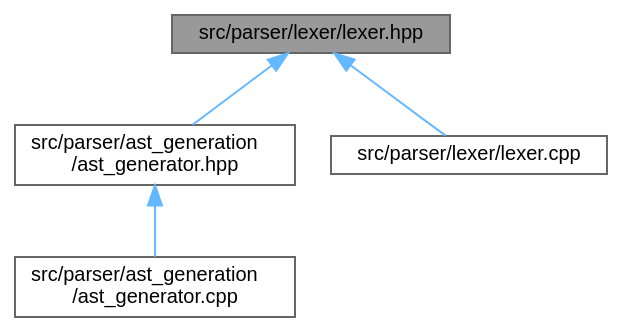
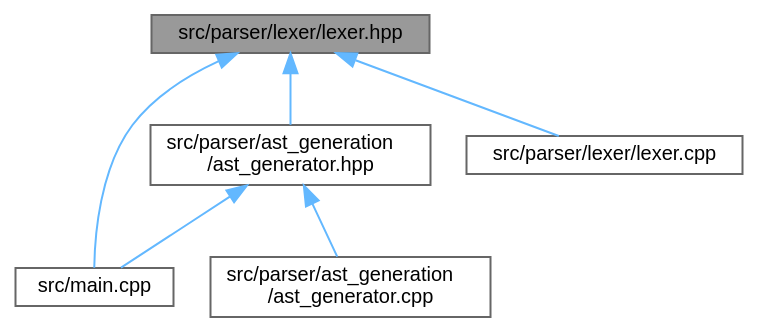
Before and after one commit to kejunp/kejunp.github.io: the diagram in pebbl/docs/lexer_8hpp__dep__incl.dot, drawn with Graphviz. The commit also changed 114 other files, not shown here.

```diff
--- a/pebbl/docs/lexer_8hpp__dep__incl.dot
+++ b/pebbl/docs/lexer_8hpp__dep__incl.dot
@@ -1,14 +1,17 @@
 digraph "src/parser/lexer/lexer.hpp"
 {
  // LATEX_PDF_SIZE
   bgcolor="transparent";
   edge [fontname=Helvetica,fontsize=10,labelfontname=Helvetica,labelfontsize=10];
   node [fontname=Helvetica,fontsize=10,shape=box,height=0.2,width=0.4];
   Node1 [id="Node000001",label="src/parser/lexer/lexer.hpp",height=0.2,width=0.4,color="gray40", fillcolor="grey60", style="filled", fontcolor="black",tooltip=" "];
   Node1 -> Node2 [id="edge1_Node000001_Node000002",dir="back",color="steelblue1",style="solid",tooltip=" "];
-  Node2 [id="Node000002",label="src/parser/ast_generation\l/ast_generator.hpp",height=0.2,width=0.4,color="grey40", fillcolor="white", style="filled",URL="$ast__generator_8hpp.html",tooltip=" "];
-  Node2 -> Node3 [id="edge2_Node000002_Node000003",dir="back",color="steelblue1",style="solid",tooltip=" "];
-  Node3 [id="Node000003",label="src/parser/ast_generation\l/ast_generator.cpp",height=0.2,width=0.4,color="grey40", fillcolor="white", style="filled",URL="$ast__generator_8cpp.html",tooltip=" "];
-  Node1 -> Node4 [id="edge3_Node000001_Node000004",dir="back",color="steelblue1",style="solid",tooltip=" "];
-  Node4 [id="Node000004",label="src/parser/lexer/lexer.cpp",height=0.2,width=0.4,color="grey40", fillcolor="white", style="filled",URL="$lexer_8cpp.html",tooltip=" "];
+  Node2 [id="Node000002",label="src/main.cpp",height=0.2,width=0.4,color="grey40", fillcolor="white", style="filled",URL="$main_8cpp.html",tooltip=" "];
+  Node1 -> Node3 [id="edge2_Node000001_Node000003",dir="back",color="steelblue1",style="solid",tooltip=" "];
+  Node3 [id="Node000003",label="src/parser/ast_generation\l/ast_generator.hpp",height=0.2,width=0.4,color="grey40", fillcolor="white", style="filled",URL="$ast__generator_8hpp.html",tooltip=" "];
+  Node3 -> Node2 [id="edge3_Node000003_Node000002",dir="back",color="steelblue1",style="solid",tooltip=" "];
+  Node3 -> Node4 [id="edge4_Node000003_Node000004",dir="back",color="steelblue1",style="solid",tooltip=" "];
+  Node4 [id="Node000004",label="src/parser/ast_generation\l/ast_generator.cpp",height=0.2,width=0.4,color="grey40", fillcolor="white", style="filled",URL="$ast__generator_8cpp.html",tooltip=" "];
+  Node1 -> Node5 [id="edge5_Node000001_Node000005",dir="back",color="steelblue1",style="solid",tooltip=" "];
+  Node5 [id="Node000005",label="src/parser/lexer/lexer.cpp",height=0.2,width=0.4,color="grey40", fillcolor="white", style="filled",URL="$lexer_8cpp.html",tooltip=" "];
 }
```
